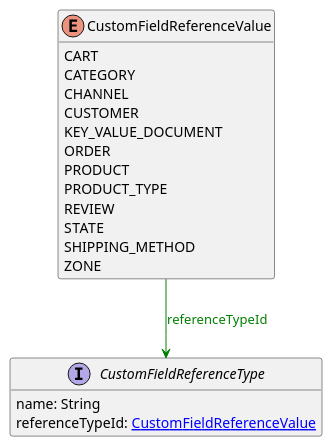
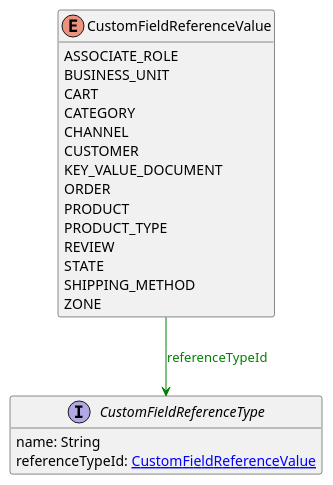
Before and after one commit to commercetools/commercetools-api-reference: the diagram in uml/api/CustomFieldReferenceValue.puml, drawn with PlantUML. The commit also changed 3 other files, not shown here.

```diff
--- a/uml/api/CustomFieldReferenceValue.puml
+++ b/uml/api/CustomFieldReferenceValue.puml
@@ -1,23 +1,25 @@
 @startuml
 
 hide methods
 enum CustomFieldReferenceValue {
+    ASSOCIATE_ROLE
+    BUSINESS_UNIT
     CART
     CATEGORY
     CHANNEL
     CUSTOMER
     KEY_VALUE_DOCUMENT
     ORDER
     PRODUCT
     PRODUCT_TYPE
     REVIEW
     STATE
     SHIPPING_METHOD
     ZONE
 }
 interface CustomFieldReferenceType [[CustomFieldReferenceType.svg]]  {
     name: String
     referenceTypeId: [[CustomFieldReferenceValue.svg CustomFieldReferenceValue]]
 }
 CustomFieldReferenceValue --> CustomFieldReferenceType #green;text:green : "referenceTypeId"
 @enduml
```
